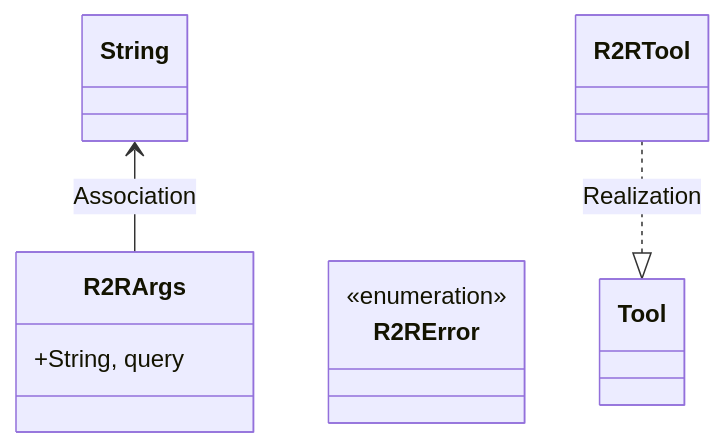
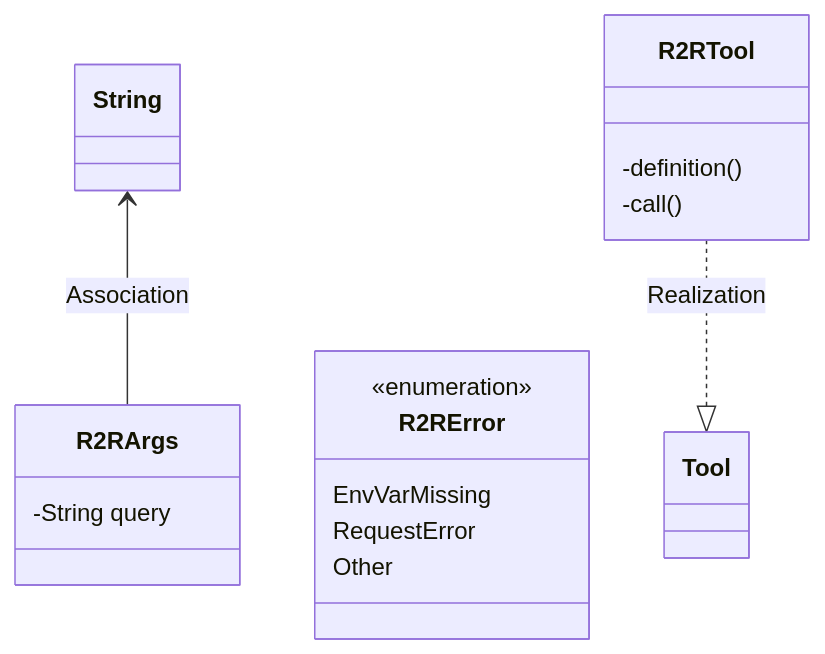
One commit to lgcorzo/fastapi-autogen-team changed the first of 2 diagrams in openwiki/modules/src/infrastructure/tools/r2r.md. Above: the diagram before and after it, drawn with Mermaid. The commit also changed other lines of this file and 33 other files, not shown here.

Commit message:
Fix PlantUML syntax, missing diagrams, and link formatting in doc generator

````diff
--- a/openwiki/modules/src/infrastructure/tools/r2r.md
+++ b/openwiki/modules/src/infrastructure/tools/r2r.md
@@ -29,12 +29,19 @@
 ```mermaid
 classDiagram
     direction BT
     class R2RArgs {
-        +String, query
+        -String query
     }
     class R2RError {
         <<enumeration>>
+        EnvVarMissing
+        RequestError
+        Other
+    }
+    class R2RTool {
+        -definition()
+        -call()
     }
     R2RArgs --> String : Association
     Tool <|.. R2RTool : Realization
 ```
````
